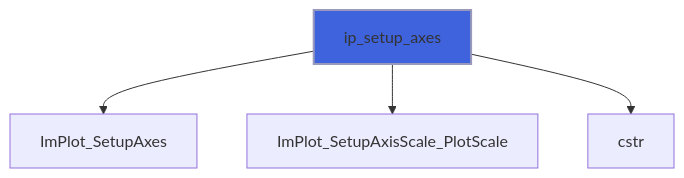
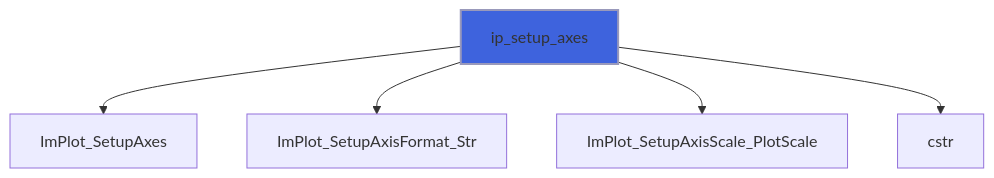
The fourth of 37 diagrams in docs/api/src/lib/figure_implot.md (szaghi/figure), drawn with Mermaid before and after one commit. The commit also changed other lines of this file and 25 other files, not shown here.

````diff
--- a/docs/api/src/lib/figure_implot.md
+++ b/docs/api/src/lib/figure_implot.md
@@ -169,7 +197,8 @@
 ```mermaid
 flowchart TD
   ip_setup_axes["ip_setup_axes"] --> ImPlot_SetupAxes["ImPlot_SetupAxes"]
+  ip_setup_axes["ip_setup_axes"] --> ImPlot_SetupAxisFormat_Str["ImPlot_SetupAxisFormat_Str"]
   ip_setup_axes["ip_setup_axes"] --> ImPlot_SetupAxisScale_PlotScale["ImPlot_SetupAxisScale_PlotScale"]
   ip_setup_axes["ip_setup_axes"] --> cstr["cstr"]
   style ip_setup_axes fill:#3e63dd,stroke:#99b,stroke-width:2px
 ```
````
